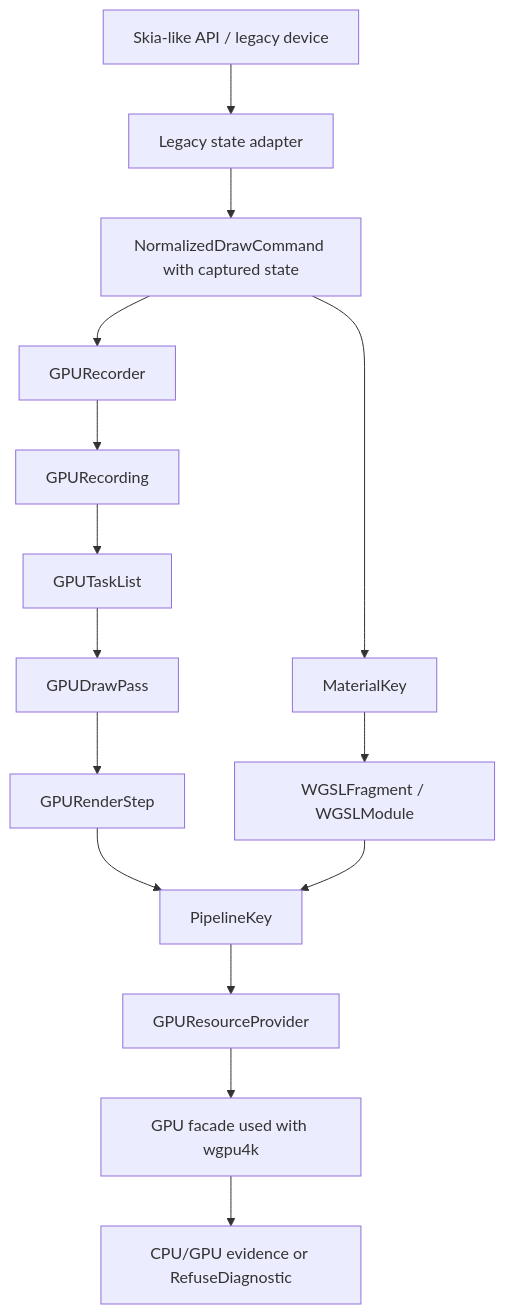
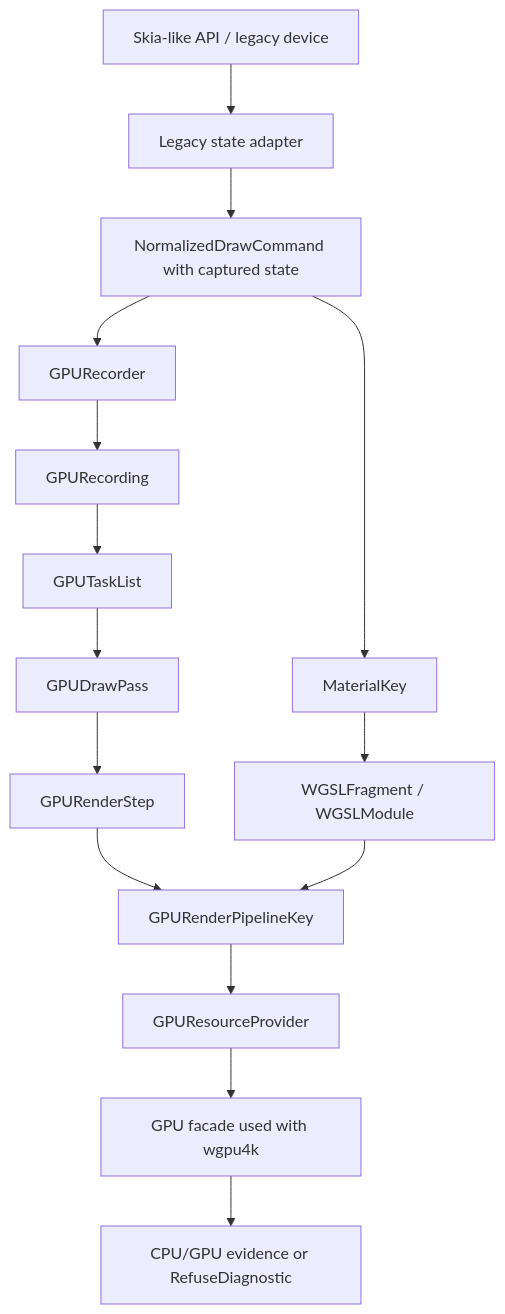
One commit to ygdrasil-io/kanvas changed the diagram in .upstream/specs/gpu-renderer/README.md. Above: the diagram before and after it, drawn with Mermaid. The commit also changed other lines of this file and 7 other files, not shown here.

````diff
--- a/.upstream/specs/gpu-renderer/README.md
+++ b/.upstream/specs/gpu-renderer/README.md
@@ -90,17 +108,17 @@
 ```mermaid
 flowchart TD
     legacy["Skia-like API / legacy device"] --> adapter["Legacy state adapter"]
     adapter --> command["NormalizedDrawCommand with captured state"]
     command --> recorder["GPURecorder"]
     recorder --> recording["GPURecording"]
     recording --> tasks["GPUTaskList"]
     tasks --> drawpass["GPUDrawPass"]
     drawpass --> step["GPURenderStep"]
     command --> material["MaterialKey"]
     material --> wgsl["WGSLFragment / WGSLModule"]
-    step --> pipeline["PipelineKey"]
+    step --> pipeline["GPURenderPipelineKey"]
     wgsl --> pipeline
     pipeline --> resources["GPUResourceProvider"]
     resources --> facade["GPU facade used with wgpu4k"]
     facade --> evidence["CPU/GPU evidence or RefuseDiagnostic"]
 ```
````
